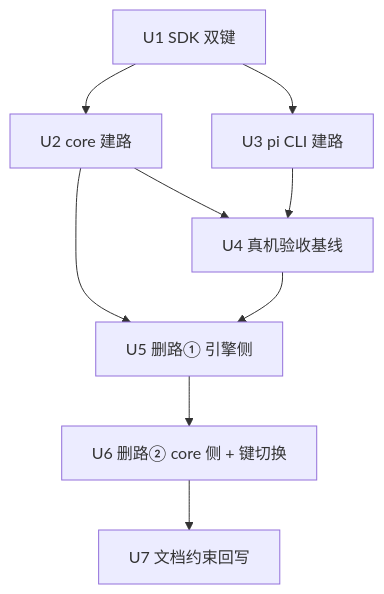
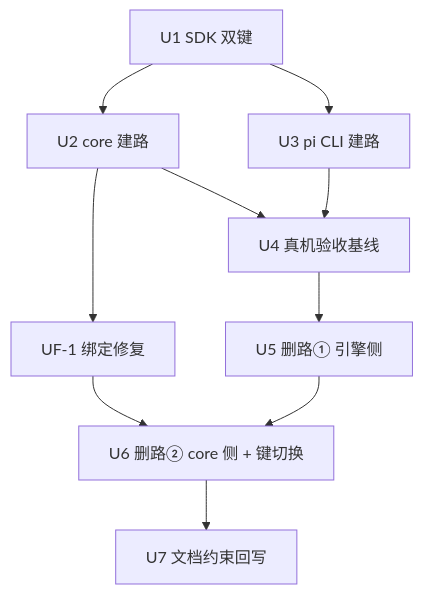
The diagram in docs/design/subagent-chat-run-unification.impl-plan.md (zhushanwen321/xyz-agent), drawn with Mermaid before and after one commit. The commit also changed other lines of this file, not shown here.

````diff
--- a/docs/design/subagent-chat-run-unification.impl-plan.md
+++ b/docs/design/subagent-chat-run-unification.impl-plan.md
@@ -38,11 +39,12 @@
 ```mermaid
 graph TD
     U1[U1 SDK 双键] --> U2[U2 core 建路]
     U1 --> U3[U3 pi CLI 建路]
     U2 --> U4[U4 真机验收基线]
     U3 --> U4
-    U2 --> U5[U5 删路① 引擎侧]
-    U4 --> U5
-    U5 --> U6[U6 删路② core 侧 + 键切换]
+    U2 --> UF1[UF-1 绑定修复]
+    U4 --> U5[U5 删路① 引擎侧]
+    UF1 --> U6[U6 删路② core 侧 + 键切换]
+    U5 --> U6
     U6 --> U7[U7 文档约束回写]
 ```
````
